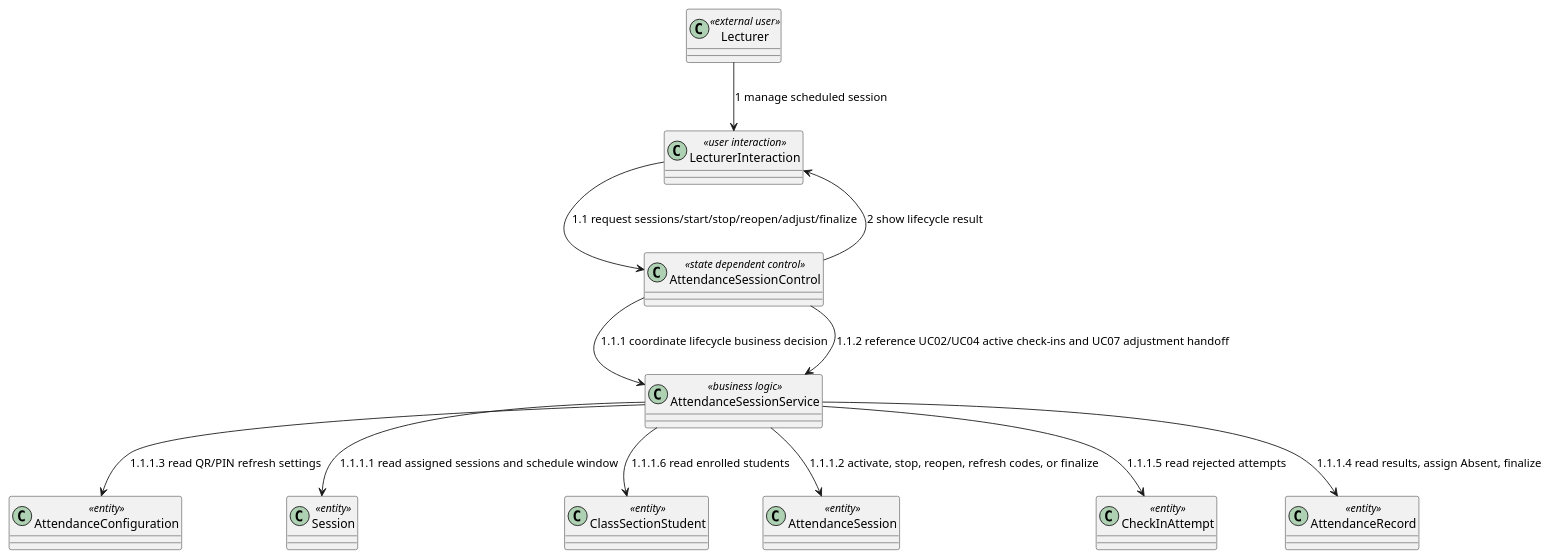
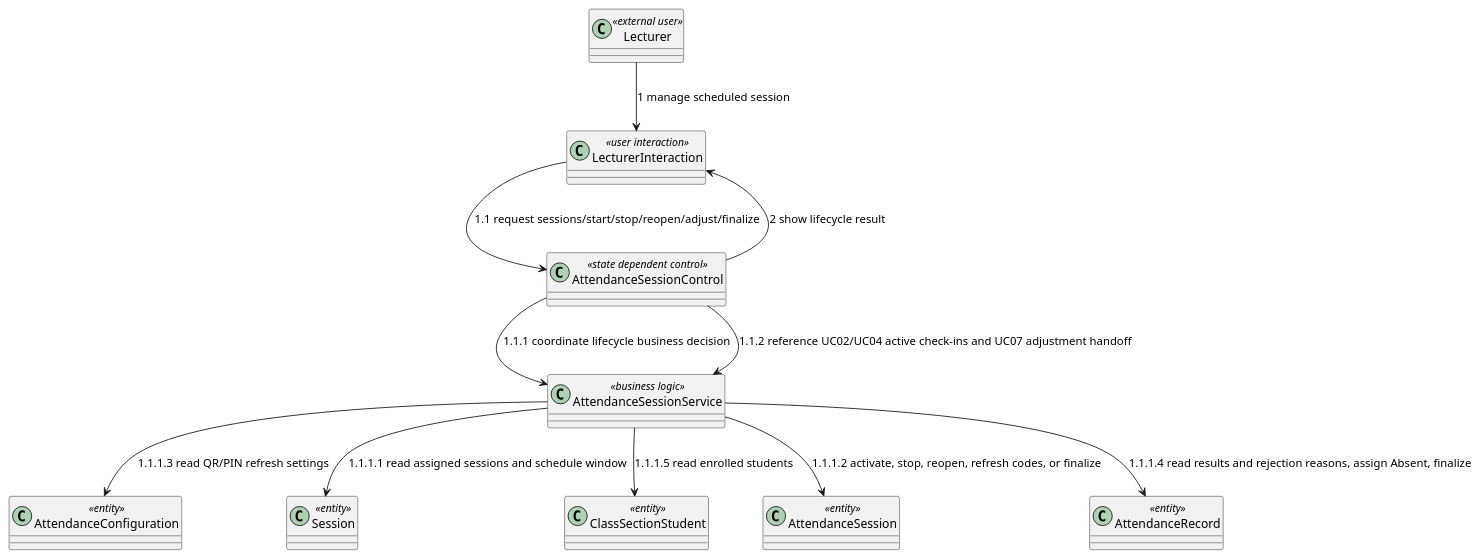
One commit to nttung42/SWD392 changed diagram 16 of 28 in docs/rds/2_Analysis.md. Above: the diagram before and after it, drawn with PlantUML. The commit also changed other lines of this file and 4 other files, not shown here.

Commit message:
not force calculate distance and merge checkin attemp with attendance record

````diff
--- a/docs/rds/2_Analysis.md
+++ b/docs/rds/2_Analysis.md
@@ -937,26 +820,24 @@
 ```plantuml
 @startuml
 class "Lecturer" as Lecturer <<external user>>
 class "LecturerInteraction" as LecturerUI <<user interaction>>
 class "AttendanceSessionControl" as SessionControl <<state dependent control>>
 class "AttendanceSessionService" as SessionRules <<business logic>>
 class "AttendanceConfiguration" as AttendanceConfig <<entity>>
 class "Session" as Session <<entity>>
 class "ClassSectionStudent" as ClassSectionStudent <<entity>>
 class "AttendanceSession" as AttendanceSession <<entity>>
-class "CheckInAttempt" as CheckInAttempt <<entity>>
 class "AttendanceRecord" as AttendanceRecord <<entity>>
 
 Lecturer --> LecturerUI : 1 manage scheduled session
 LecturerUI --> SessionControl : 1.1 request sessions/start/stop/reopen/adjust/finalize
 SessionControl --> SessionRules : 1.1.1 coordinate lifecycle business decision
 SessionRules --> Session : 1.1.1.1 read assigned sessions and schedule window
 SessionRules --> AttendanceSession : 1.1.1.2 activate, stop, reopen, refresh codes, or finalize
 SessionRules --> AttendanceConfig : 1.1.1.3 read QR/PIN refresh settings
-SessionRules --> AttendanceRecord : 1.1.1.4 read results, assign Absent, finalize
-SessionRules --> CheckInAttempt : 1.1.1.5 read rejected attempts
-SessionRules --> ClassSectionStudent : 1.1.1.6 read enrolled students
+SessionRules --> AttendanceRecord : 1.1.1.4 read results and rejection reasons, assign Absent, finalize
+SessionRules --> ClassSectionStudent : 1.1.1.5 read enrolled students
 SessionControl --> SessionRules : 1.1.2 reference UC02/UC04 active check-ins and UC07 adjustment handoff
 SessionControl --> LecturerUI : 2 show lifecycle result
 @enduml
 ```
````
